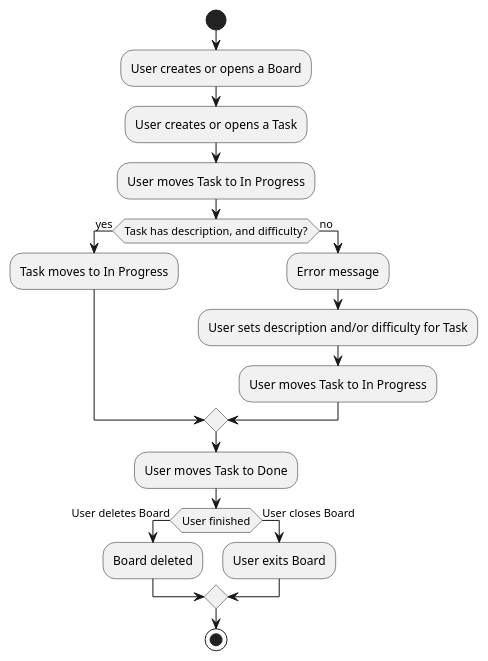
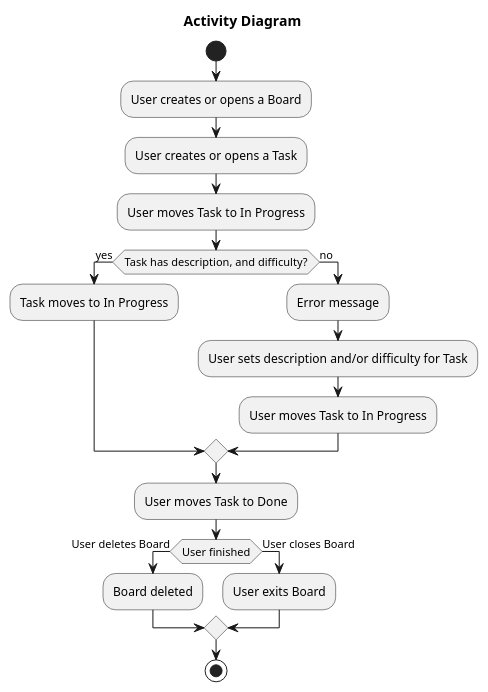
One commit to travisformayor/cli_kanban changed the diagram in diagrams/activityDiagram.puml. Above: the diagram before and after it, drawn with PlantUML. The commit also changed 7 other files, not shown here.

Commit message:
diagram updates

```diff
--- a/diagrams/activityDiagram.puml
+++ b/diagrams/activityDiagram.puml
@@ -1,25 +1,27 @@
 @startuml activityDiagram
+
+title Activity Diagram
 
 start
 :User creates or opens a Board;
 :User creates or opens a Task;
 
 :User moves Task to In Progress;
 if (Task has description, and difficulty?) then (yes)
   :Task moves to In Progress;
 else (no)
   :Error message;
   :User sets description and/or difficulty for Task;
   :User moves Task to In Progress;
 endif
 
 :User moves Task to Done;
 
 if (User finished) then (User deletes Board)
   :Board deleted;
 else (User closes Board)
   :User exits Board;
 endif
 stop
 
 @enduml
```
